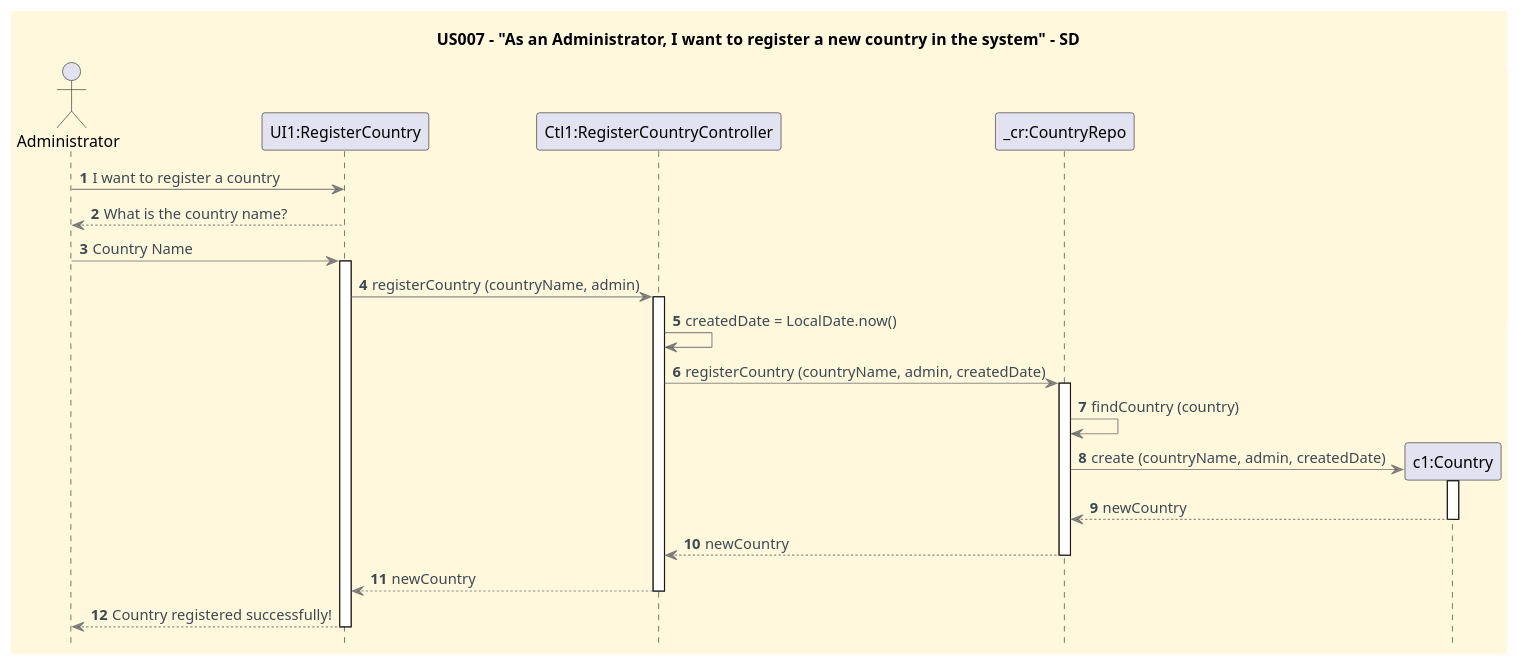
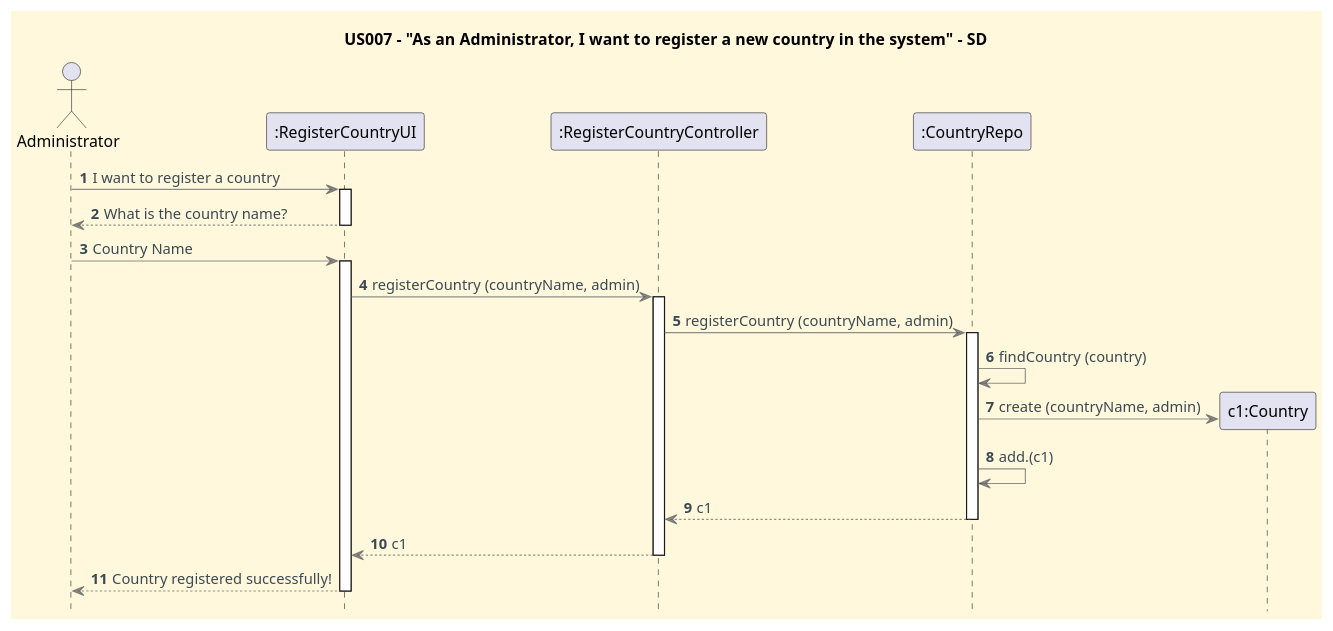
The diagram in docs/userStories/US007/US007_register_a_country_SD.puml (CarolinaLeite-collab/JavaMarketplacePlatform), drawn with PlantUML before and after one commit. The commit also changed 1 other file, not shown here.

```diff
--- a/docs/userStories/US007/US007_register_a_country_SD.puml
+++ b/docs/userStories/US007/US007_register_a_country_SD.puml
@@ -1,56 +1,57 @@
 @startuml
 '==== Title ====
 title US007 - "As an Administrator, I want to register a new country in the system" - SD
 
 '==== basic style ====
 skinparam monochrome false
 
 skinparam defaultFontName Futura
 skinparam objectFontSize 20
 skinparam backgroundColor CornSilk
 skinparam objectBackgroundColor WhiteSmoke
 skinparam noteBackgroundColor #FFFFE0
 skinparam ArrowFontColor #3B4953
 skinparam ArrowColor #57595BAA
 
 hidefootbox
 autonumber
 autoactivate off
 
 ' ==== Actor and participants ====
 actor Administrator as Adm
-participant "UI1:RegisterCountry" as UI
-participant "Ctl1:RegisterCountryController" as Ctl
-participant "_cr:CountryRepo" as _cr
+participant ":RegisterCountryUI" as UI
+participant ":RegisterCountryController" as Ctl
+participant ":CountryRepo" as _cr
 
 '==== Processes ====
+
 Adm -> UI: I want to register a country
+activate UI
 UI --> Adm: What is the country name?
+deactivate UI
 Adm -> UI: Country Name
 activate UI
 
 UI -> Ctl: registerCountry (countryName, admin)
 activate Ctl
 
-Ctl -> Ctl: createdDate = LocalDate.now()
-Ctl -> _cr: registerCountry (countryName, admin, createdDate)
+Ctl -> _cr: registerCountry (countryName, admin)
 activate _cr
 _cr -> _cr: findCountry (country)
 
-create "c1:Country" as c1
-_cr -> c1: create (countryName, admin, createdDate)
-activate c1
+create "c1:Country"
+_cr -> "c1:Country": create (countryName, admin)
+
+_cr -> _cr: add.(c1)
 
 '==== Return ====
-c1 --> _cr: newCountry
-deactivate c1
 
-_cr --> Ctl: newCountry
+_cr --> Ctl: c1
 deactivate _cr
 
-Ctl --> UI: newCountry
+Ctl --> UI: c1
 deactivate Ctl
 
 UI --> Adm : Country registered successfully!
 deactivate UI
 @enduml
```
